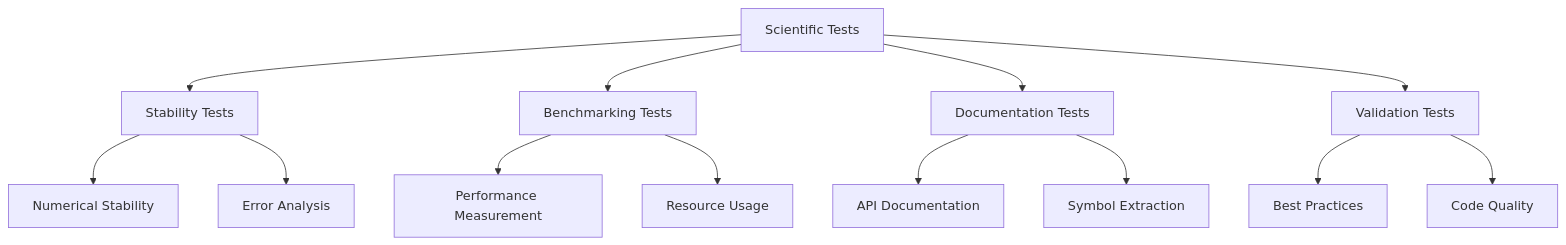
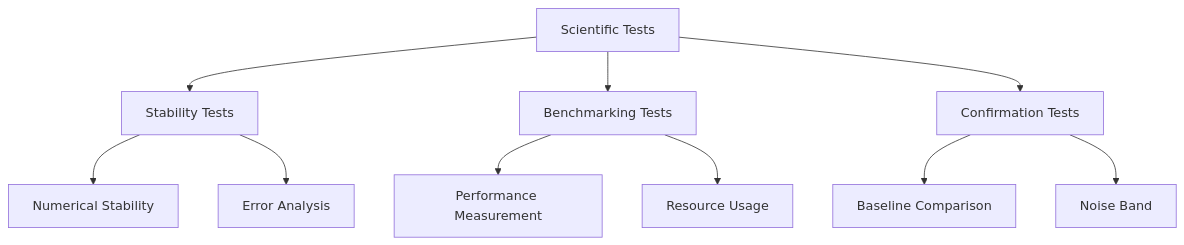
One commit to docxology/template changed the diagram in tests/infra_tests/scientific/README.md. Above: the diagram before and after it, drawn with Mermaid. The commit also changed other lines of this file and 33 other files, not shown here.

````diff
--- a/tests/infra_tests/scientific/README.md
+++ b/tests/infra_tests/scientific/README.md
@@ -103,19 +99,15 @@
 ```mermaid
 graph TD
     A[Scientific Tests] --> B[Stability Tests]
     A --> C[Benchmarking Tests]
-    A --> D[Documentation Tests]
-    A --> E[Validation Tests]
+    A --> D[Confirmation Tests]
 
     B --> F[Numerical Stability]
     B --> G[Error Analysis]
 
     C --> H[Performance Measurement]
     C --> I[Resource Usage]
 
-    D --> J[API Documentation]
-    D --> K[Symbol Extraction]
-
-    E --> L[Best Practices]
-    E --> M[Code Quality]
+    D --> J[Baseline Comparison]
+    D --> K[Noise Band]
 ```
````
